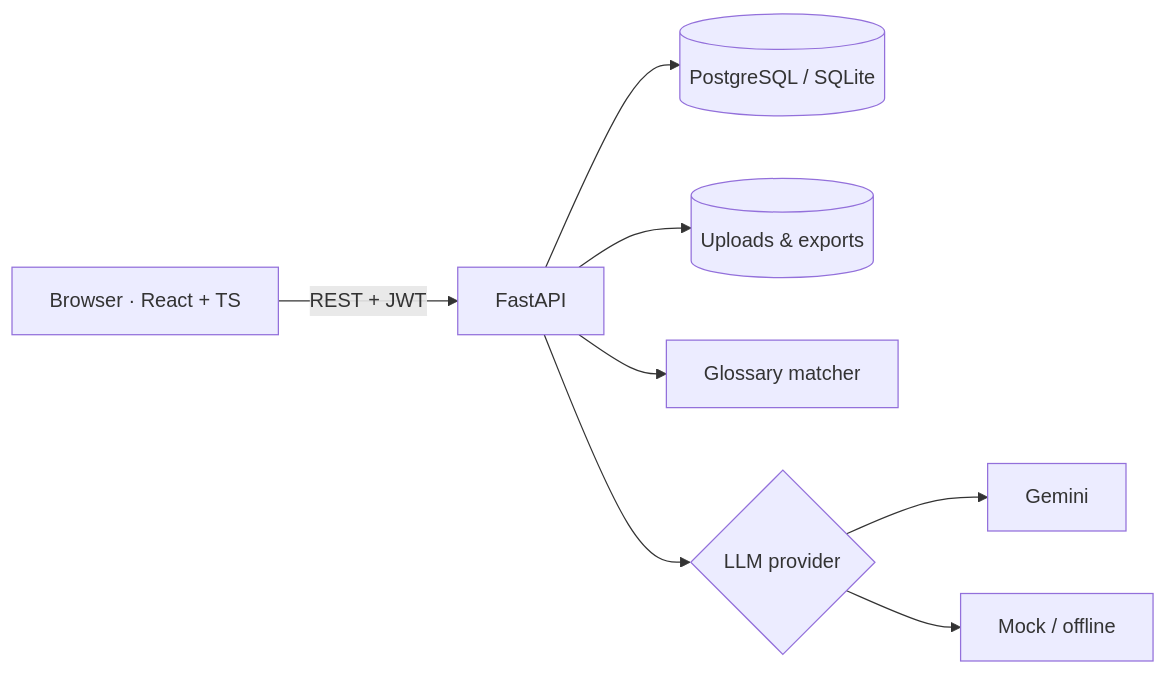
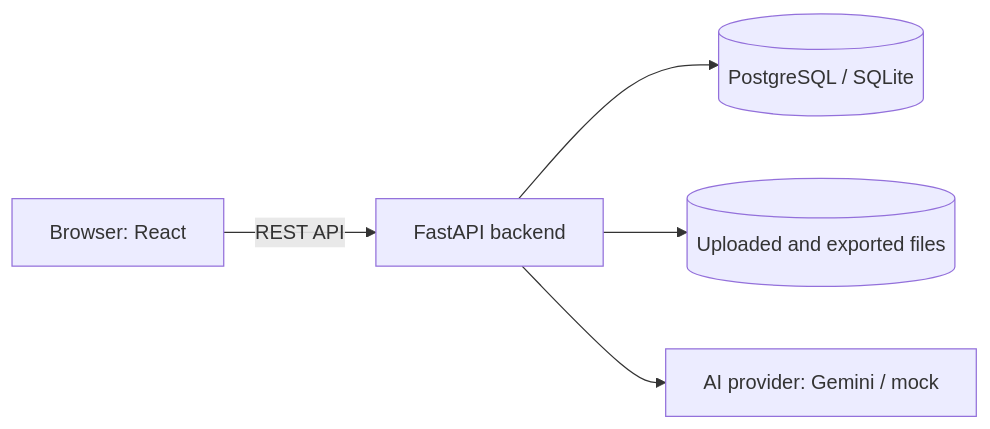
Before and after one commit to farazmazhar29/Translation-Tool: the diagram in README.md, drawn with Mermaid. The commit also changed other lines of this file and 2 other files, not shown here.

First line of the commit message:
docs: a short README, and the API client decision in the log

````diff
--- a/README.md
+++ b/README.md
@@ -79,10 +75,7 @@
 ```mermaid
 flowchart LR
-  B[Browser · React + TS] -->|REST + JWT| A[FastAPI]
-  A --> P[(PostgreSQL / SQLite)]
-  A --> F[(Uploads & exports)]
-  A --> G[Glossary matcher]
-  A --> L{LLM provider}
-  L --> Gem[Gemini]
-  L --> Mock[Mock / offline]
+  B[Browser: React] -->|REST API| A[FastAPI backend]
+  A --> D[(PostgreSQL / SQLite)]
+  A --> F[(Uploaded and exported files)]
+  A --> AI[AI provider: Gemini / mock]
 ```
````
